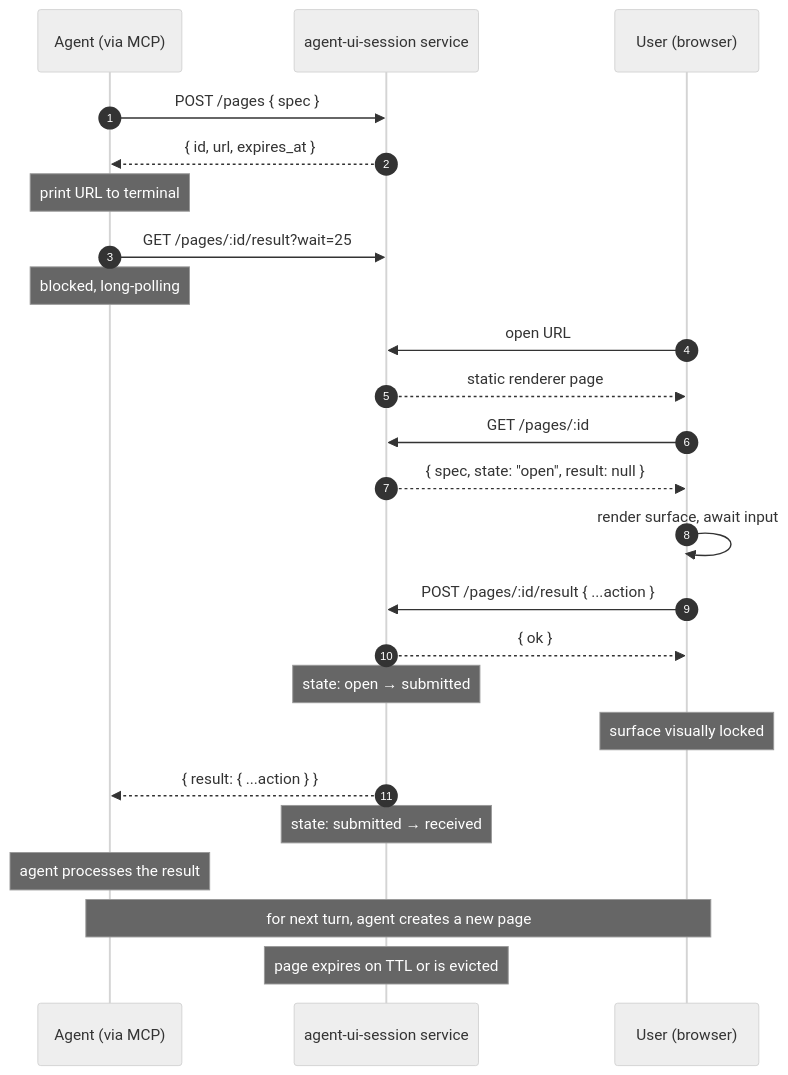
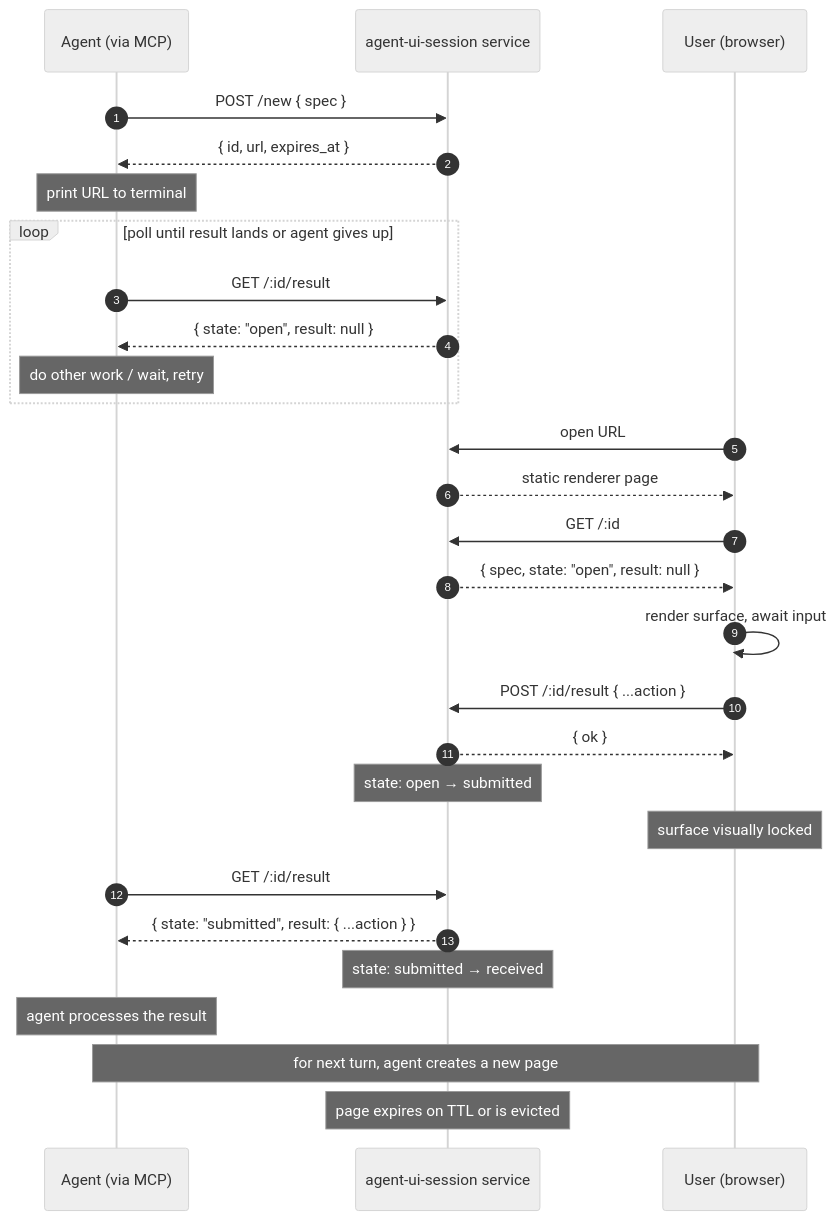
Before and after one commit to blockful/pagent: the diagram in PRD.md, drawn with Mermaid (neutral theme). The commit also changed other lines of this file, not shown here.

First line of the commit message:
docs(prd): simplify wire shape — POST /new, drop long-polling

````diff
--- a/PRD.md
+++ b/PRD.md
@@ -35,32 +35,36 @@
 ```mermaid
 sequenceDiagram
   autonumber
   participant A as Agent (via MCP)
   participant S as agent-ui-session service
   participant U as User (browser)
 
-  A->>S: POST /pages { spec }
+  A->>S: POST /new { spec }
   S-->>A: { id, url, expires_at }
   Note over A: print URL to terminal
 
-  A->>S: GET /pages/:id/result?wait=25
-  Note over A: blocked, long-polling
+  loop poll until result lands or agent gives up
+    A->>S: GET /:id/result
+    S-->>A: { state: "open", result: null }
+    Note over A: do other work / wait, retry
+  end
 
   U->>S: open URL
   S-->>U: static renderer page
-  U->>S: GET /pages/:id
+  U->>S: GET /:id
   S-->>U: { spec, state: "open", result: null }
   U->>U: render surface, await input
 
-  U->>S: POST /pages/:id/result { ...action }
+  U->>S: POST /:id/result { ...action }
   S-->>U: { ok }
   Note over S: state: open → submitted
   Note over U: surface visually locked
 
-  S-->>A: { result: { ...action } }
+  A->>S: GET /:id/result
+  S-->>A: { state: "submitted", result: { ...action } }
   Note over S: state: submitted → received
   Note over A: agent processes the result
 
   Note over A,U: for next turn, agent creates a new page
   Note over S: page expires on TTL or is evicted
 ```
````
